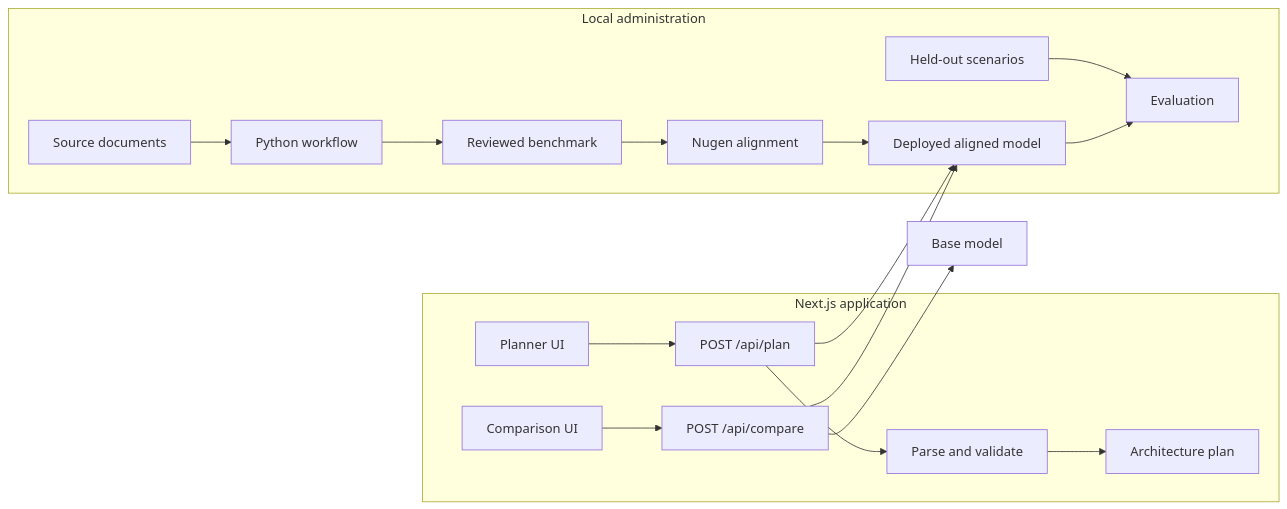
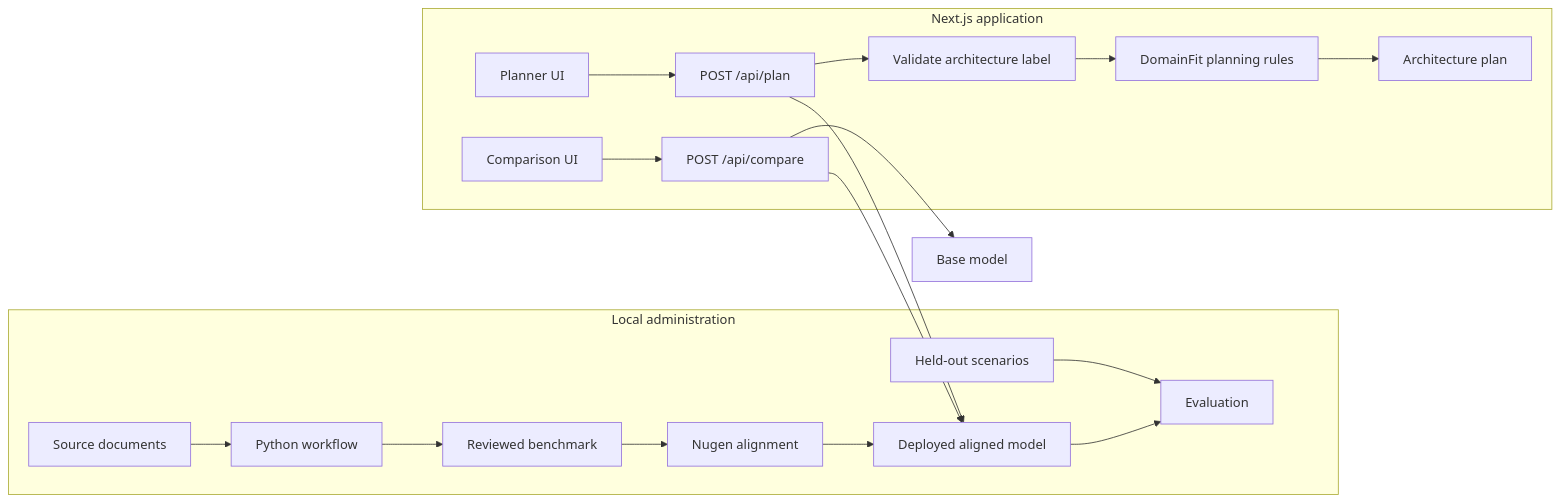
Before and after one commit to mahimathacker/domainfit: the diagram in docs/architecture.md, drawn with Mermaid. The commit also changed other lines of this file and 9 other files, not shown here.

````diff
--- a/docs/architecture.md
+++ b/docs/architecture.md
@@ -5,22 +5,23 @@
 ```mermaid
 flowchart LR
   subgraph Admin[Local administration]
     K[Source documents] --> P[Python workflow]
     P --> B[Reviewed benchmark]
     B --> A[Nugen alignment]
     A --> D[Deployed aligned model]
     H[Held-out scenarios] --> E[Evaluation]
     D --> E
   end
 
   subgraph Product[Next.js application]
     U[Planner UI] --> R1[POST /api/plan]
     C[Comparison UI] --> R2[POST /api/compare]
-    R1 --> V[Parse and validate]
-    V --> O[Architecture plan]
+    R1 --> V[Validate architecture label]
+    V --> F[DomainFit planning rules]
+    F --> O[Architecture plan]
   end
 
   R1 --> D
   R2 --> D
   R2 --> M[Base model]
 ```
````
